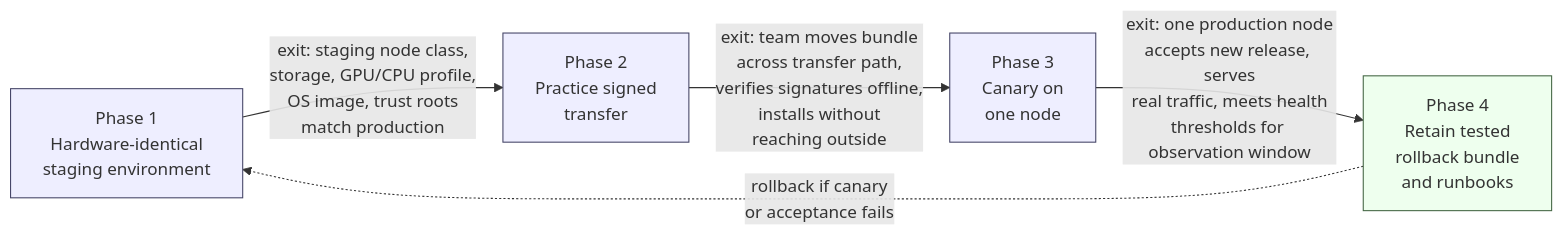
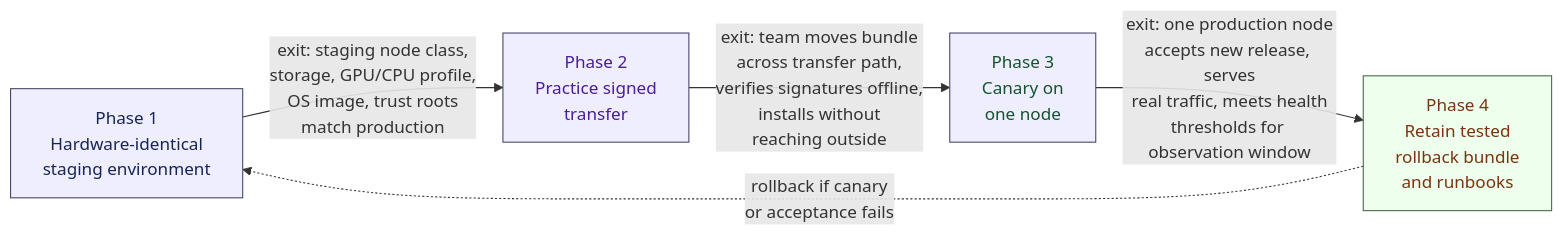
Before and after one commit to Sourav692/Forward-Deployed-Engineer-Interview-Prep: the diagram in 02_System_Design_Case_Studies/Standalone_Designs/19_Air_Gapped_AI_System/3_Tutorial/19_Tutorial_Part_6.md, drawn with Mermaid. The commit also changed 1268 other files, not shown here.

First line of the commit message:
content: polish Casebook writing and Mermaid diagrams (#251)

````diff
--- a/02_System_Design_Case_Studies/Standalone_Designs/19_Air_Gapped_AI_System/3_Tutorial/19_Tutorial_Part_6.md
+++ b/02_System_Design_Case_Studies/Standalone_Designs/19_Air_Gapped_AI_System/3_Tutorial/19_Tutorial_Part_6.md
@@ -13,13 +13,23 @@
 ```mermaid
 flowchart LR
     P1["Phase 1<br/>Hardware-identical<br/>staging environment"] -->|"exit: staging node class,<br/>storage, GPU/CPU profile,<br/>OS image, trust roots<br/>match production"| P2
     P2["Phase 2<br/>Practice signed<br/>transfer"] -->|"exit: team moves bundle<br/>across transfer path,<br/>verifies signatures offline,<br/>installs without<br/>reaching outside"| P3
     P3["Phase 3<br/>Canary on<br/>one node"] -->|"exit: one production node<br/>accepts new release, serves<br/>real traffic, meets health<br/>thresholds for observation window"| P4
     P4["Phase 4<br/>Retain tested<br/>rollback bundle<br/>and runbooks"]
     P4 -.->|"rollback if canary<br/>or acceptance fails"| P1
 
     style P1 fill:#eef,stroke:#446
     style P2 fill:#eef,stroke:#446
     style P3 fill:#eef,stroke:#446
     style P4 fill:#efe,stroke:#464
+
+    %% Casebook colours: entry, reasoning, results, controls, and stopped paths.
+    classDef cbInput fill:#dbeafe,stroke:#2563eb,color:#172554
+    class P1 cbInput
+    classDef cbReason fill:#ede9fe,stroke:#7c3aed,color:#4c1d95
+    class P2 cbReason
+    classDef cbAction fill:#dcfce7,stroke:#15803d,color:#14532d
+    class P3 cbAction
+    classDef cbPolicy fill:#fef3c7,stroke:#b45309,color:#78350f
+    class P4 cbPolicy
 ```
````
